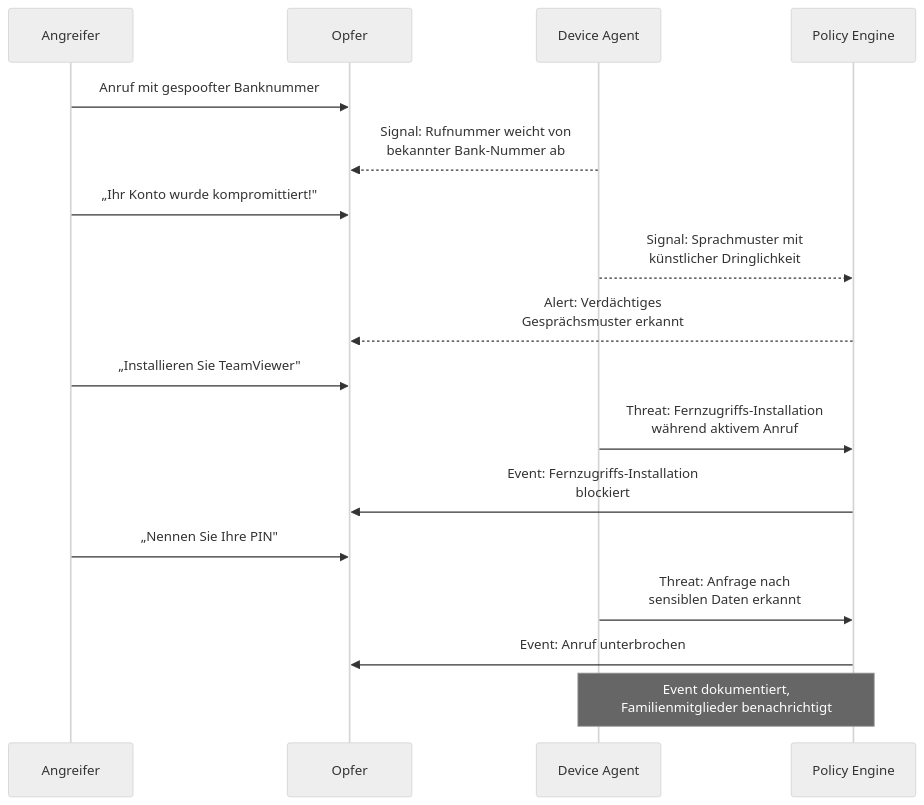
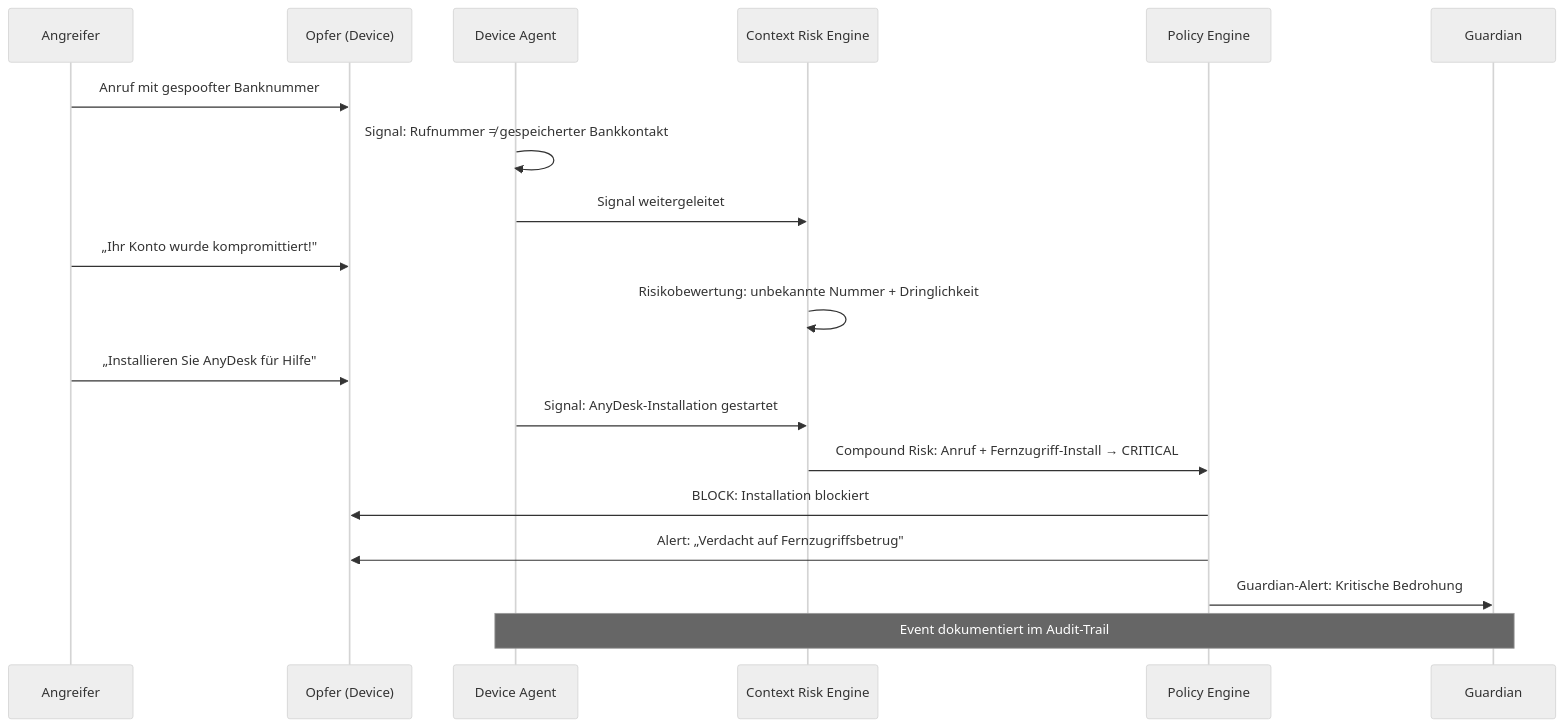
One commit to benediktpoller/docs.superheld.app changed the diagram in astro-site/src/content/docs/experts/threat-model.mdx. Above: the diagram before and after it, drawn with Mermaid (neutral theme). The commit also changed other lines of this file and 7 other files, not shown here.

````diff
--- a/astro-site/src/content/docs/experts/threat-model.mdx
+++ b/astro-site/src/content/docs/experts/threat-model.mdx
@@ -111,20 +236,26 @@
 ```mermaid
 sequenceDiagram
     participant A as Angreifer
-    participant O as Opfer
+    participant O as Opfer (Device)
     participant DA as Device Agent
-    participant P as Policy Engine
+    participant CRE as Context Risk Engine
+    participant PE as Policy Engine
+    participant G as Guardian
 
     A->>O: Anruf mit gespoofter Banknummer
-    DA-->>O: Signal: Rufnummer weicht von<br/>bekannter Bank-Nummer ab
+    DA->>DA: Signal: Rufnummer ≠ gespeicherter Bankkontakt
+    DA->>CRE: Signal weitergeleitet
+
     A->>O: „Ihr Konto wurde kompromittiert!"
-    DA-->>P: Signal: Sprachmuster mit<br/>künstlicher Dringlichkeit
-    P-->>O: Alert: Verdächtiges<br/>Gesprächsmuster erkannt
-    A->>O: „Installieren Sie TeamViewer"
-    DA->>P: Threat: Fernzugriffs-Installation<br/>während aktivem Anruf
-    P->>O: Event: Fernzugriffs-Installation<br/>blockiert
-    A->>O: „Nennen Sie Ihre PIN"
-    DA->>P: Threat: Anfrage nach<br/>sensiblen Daten erkannt
-    P->>O: Event: Anruf unterbrochen
-    Note over DA,P: Event dokumentiert,<br/>Familienmitglieder benachrichtigt
+    CRE->>CRE: Risikobewertung: unbekannte Nummer + Dringlichkeit
+
+    A->>O: „Installieren Sie AnyDesk für Hilfe"
+    DA->>CRE: Signal: AnyDesk-Installation gestartet
+    CRE->>PE: Compound Risk: Anruf + Fernzugriff-Install → CRITICAL
+
+    PE->>O: BLOCK: Installation blockiert
+    PE->>O: Alert: „Verdacht auf Fernzugriffsbetrug"
+    PE->>G: Guardian-Alert: Kritische Bedrohung
+
+    Note over DA,G: Event dokumentiert im Audit-Trail
 ```
````
